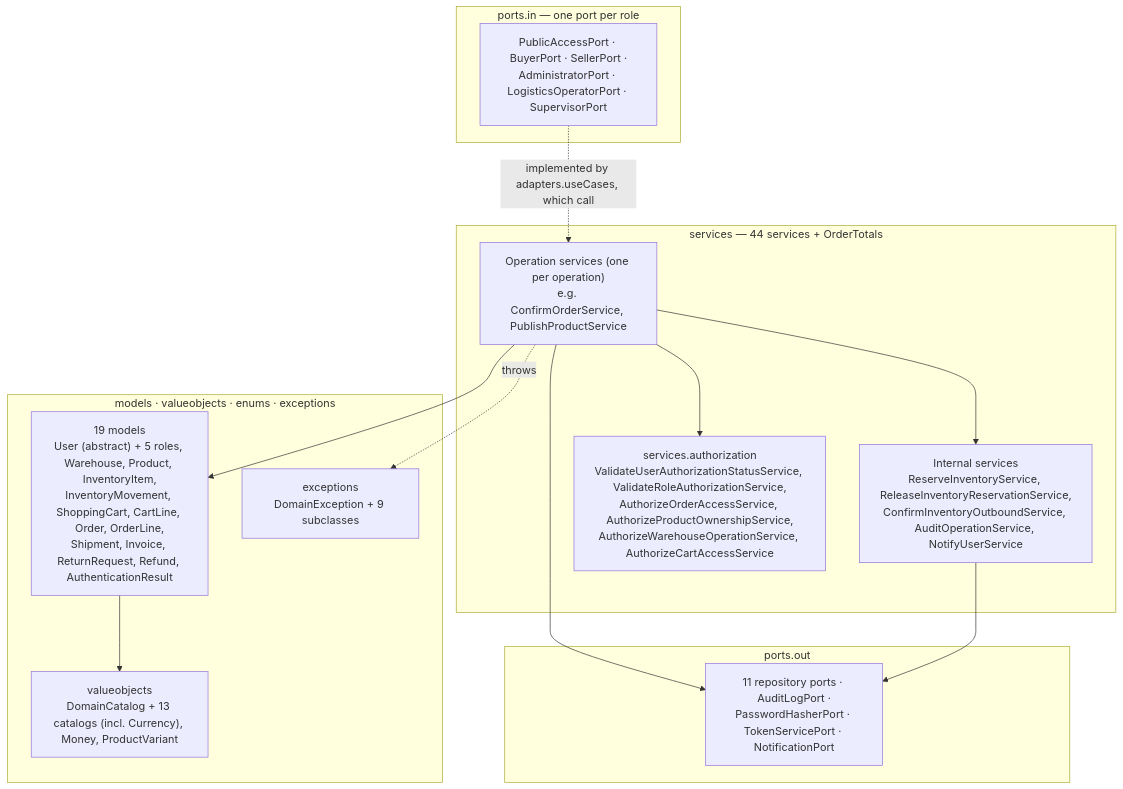
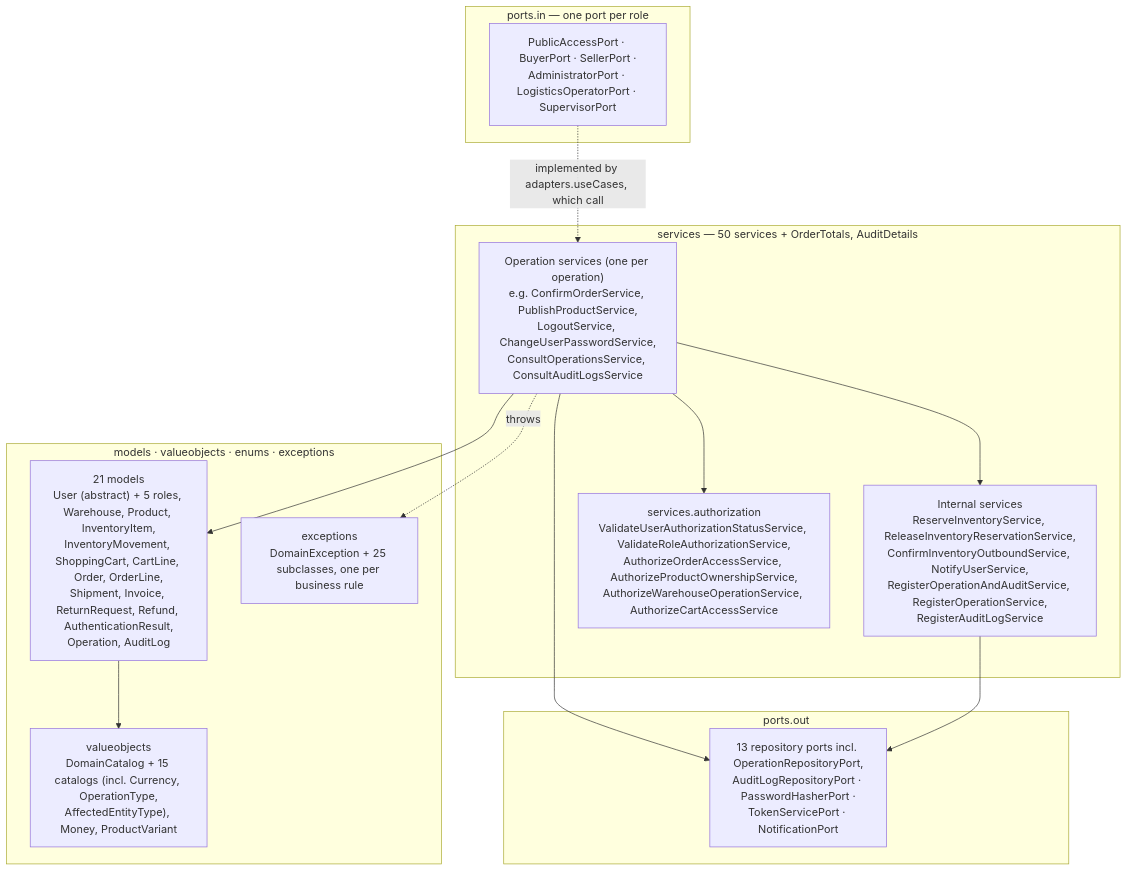
Before and after one commit to Spuerta18/Nexuss: the diagram in SDD/C4/09-layer-domain.md, drawn with Mermaid. The commit also changed other lines of this file and 34 other files, not shown here.

First line of the commit message:
Document domain auditing, token revocation and per-rule exceptions

````diff
--- a/SDD/C4/09-layer-domain.md
+++ b/SDD/C4/09-layer-domain.md
@@ -9,28 +9,28 @@
 ```mermaid
 flowchart TB
     subgraph in["ports.in — one port per role"]
         IP["PublicAccessPort · BuyerPort · SellerPort ·<br/>AdministratorPort · LogisticsOperatorPort · SupervisorPort"]
     end
-    subgraph services["services — 44 services + OrderTotals"]
-        OPS["Operation services (one per operation)<br/>e.g. ConfirmOrderService, PublishProductService"]
-        INT["Internal services<br/>ReserveInventoryService, ReleaseInventoryReservationService,<br/>ConfirmInventoryOutboundService, AuditOperationService, NotifyUserService"]
+    subgraph services["services — 50 services + OrderTotals, AuditDetails"]
+        OPS["Operation services (one per operation)<br/>e.g. ConfirmOrderService, PublishProductService,<br/>LogoutService, ChangeUserPasswordService,<br/>ConsultOperationsService, ConsultAuditLogsService"]
+        INT["Internal services<br/>ReserveInventoryService, ReleaseInventoryReservationService,<br/>ConfirmInventoryOutboundService, NotifyUserService,<br/>RegisterOperationAndAuditService, RegisterOperationService,<br/>RegisterAuditLogService"]
         AUTH["services.authorization<br/>ValidateUserAuthorizationStatusService, ValidateRoleAuthorizationService,<br/>AuthorizeOrderAccessService, AuthorizeProductOwnershipService,<br/>AuthorizeWarehouseOperationService, AuthorizeCartAccessService"]
     end
     subgraph model["models · valueobjects · enums · exceptions"]
-        ENT["19 models<br/>User (abstract) + 5 roles, Warehouse, Product, InventoryItem,<br/>InventoryMovement, ShoppingCart, CartLine, Order, OrderLine,<br/>Shipment, Invoice, ReturnRequest, Refund, AuthenticationResult"]
-        VO["valueobjects<br/>DomainCatalog + 13 catalogs (incl. Currency), Money, ProductVariant"]
-        EX["exceptions<br/>DomainException + 9 subclasses"]
+        ENT["21 models<br/>User (abstract) + 5 roles, Warehouse, Product, InventoryItem,<br/>InventoryMovement, ShoppingCart, CartLine, Order, OrderLine,<br/>Shipment, Invoice, ReturnRequest, Refund, AuthenticationResult,<br/>Operation, AuditLog"]
+        VO["valueobjects<br/>DomainCatalog + 15 catalogs (incl. Currency, OperationType,<br/>AffectedEntityType), Money, ProductVariant"]
+        EX["exceptions<br/>DomainException + 25 subclasses, one per business rule"]
     end
     subgraph out["ports.out"]
-        OP["11 repository ports · AuditLogPort ·<br/>PasswordHasherPort · TokenServicePort · NotificationPort"]
+        OP["13 repository ports incl. OperationRepositoryPort,<br/>AuditLogRepositoryPort · PasswordHasherPort ·<br/>TokenServicePort · NotificationPort"]
     end
 
     IP -. "implemented by adapters.useCases, which call" .-> OPS
     OPS --> AUTH
     OPS --> INT
     OPS --> ENT
     OPS --> OP
     INT --> OP
     ENT --> VO
     OPS -. throws .-> EX
 ```
````
